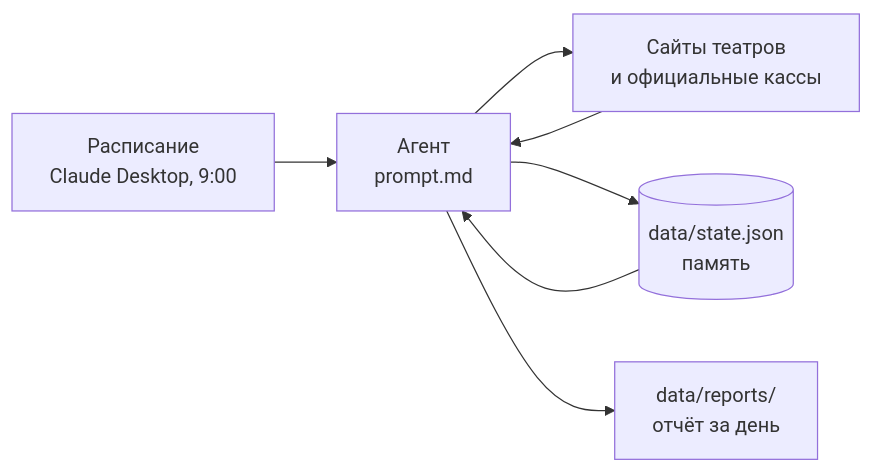
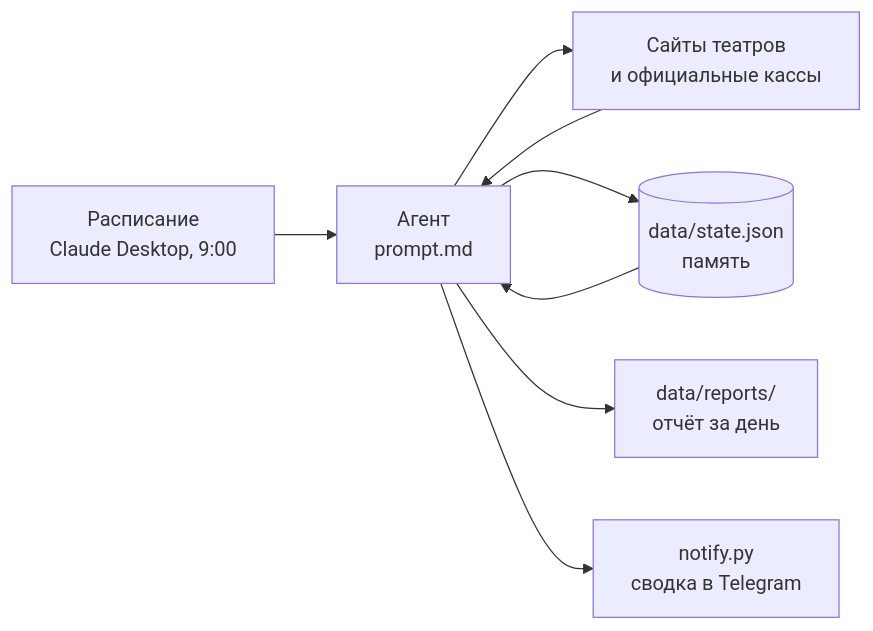
One commit to Lelena1/theater-tickets changed the diagram in README.md. Above: the diagram before and after it, drawn with Mermaid. The commit also changed other lines of this file and 5 other files, not shown here.

````diff
--- a/README.md
+++ b/README.md
@@ -20,9 +20,10 @@
 ```mermaid
 flowchart LR
     S["Расписание<br/>Claude Desktop, 9:00"] --> A["Агент<br/>prompt.md"]
     M[("data/state.json<br/>память")] --> A
     A --> T["Сайты театров<br/>и официальные кассы"]
     T --> A
     A --> M
     A --> R["data/reports/<br/>отчёт за день"]
+    A --> N["notify.py<br/>сводка в Telegram"]
 ```
````
